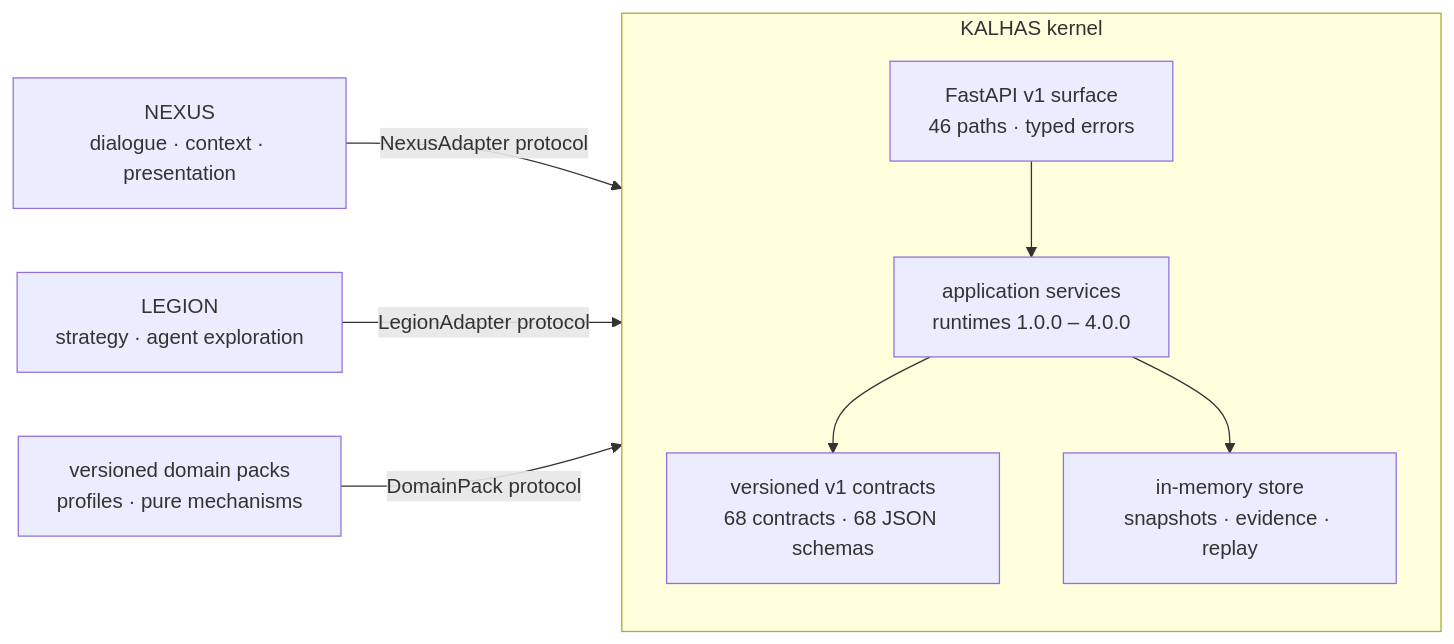
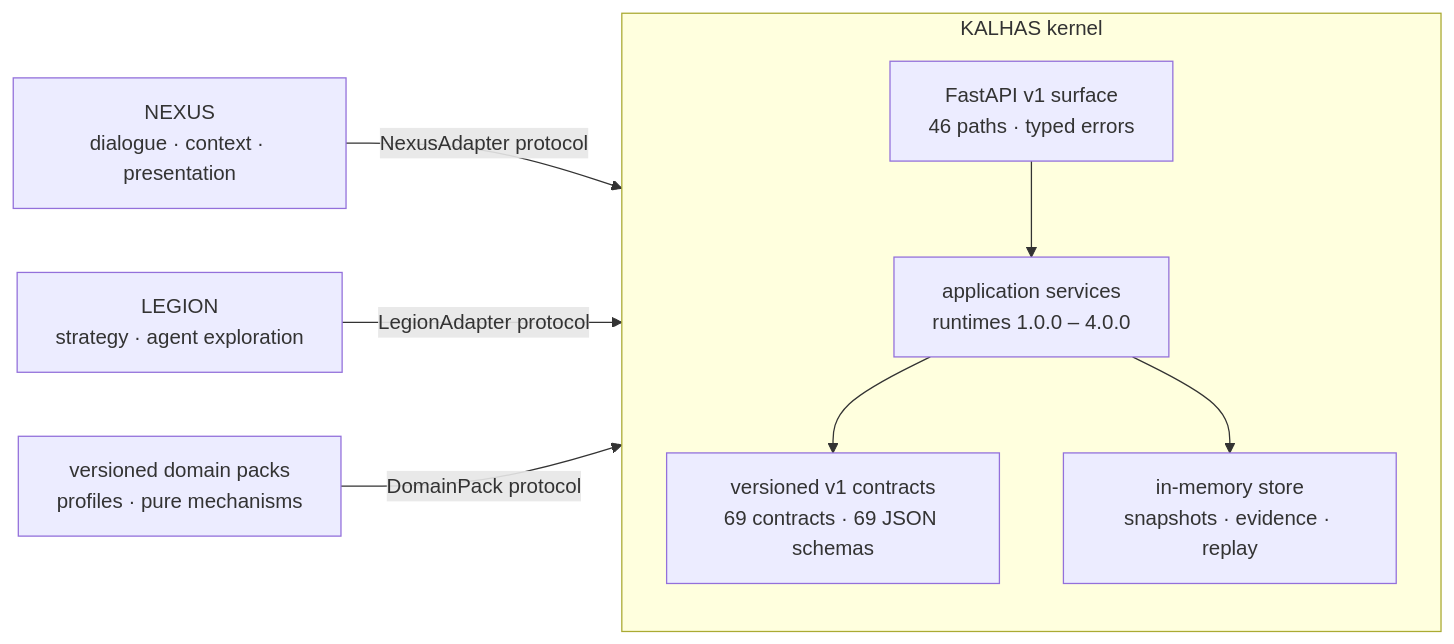
Before and after one commit to Encomm-Tensor-Intelligence/Encomm_Kalhas: the second of 2 diagrams in README.md, drawn with Mermaid. The commit also changed other lines of this file and 10 other files, not shown here.

````diff
--- a/README.md
+++ b/README.md
@@ -136,21 +136,21 @@
 ```mermaid
 flowchart LR
     NEXUS["NEXUS<br/>dialogue · context · presentation"]
     LEGION["LEGION<br/>strategy · agent exploration"]
 
     subgraph KALHAS["KALHAS kernel"]
         direction TB
         API["FastAPI v1 surface<br/>46 paths · typed errors"]
         APP["application services<br/>runtimes 1.0.0 – 4.0.0"]
-        CON["versioned v1 contracts<br/>68 contracts · 68 JSON schemas"]
+        CON["versioned v1 contracts<br/>69 contracts · 69 JSON schemas"]
         STORE["in-memory store<br/>snapshots · evidence · replay"]
         API --> APP --> CON
         APP --> STORE
     end
 
     PACK["versioned domain packs<br/>profiles · pure mechanisms"]
 
     NEXUS -->|NexusAdapter protocol| API
     LEGION -->|LegionAdapter protocol| API
     PACK -->|DomainPack protocol| APP
 ```
````
